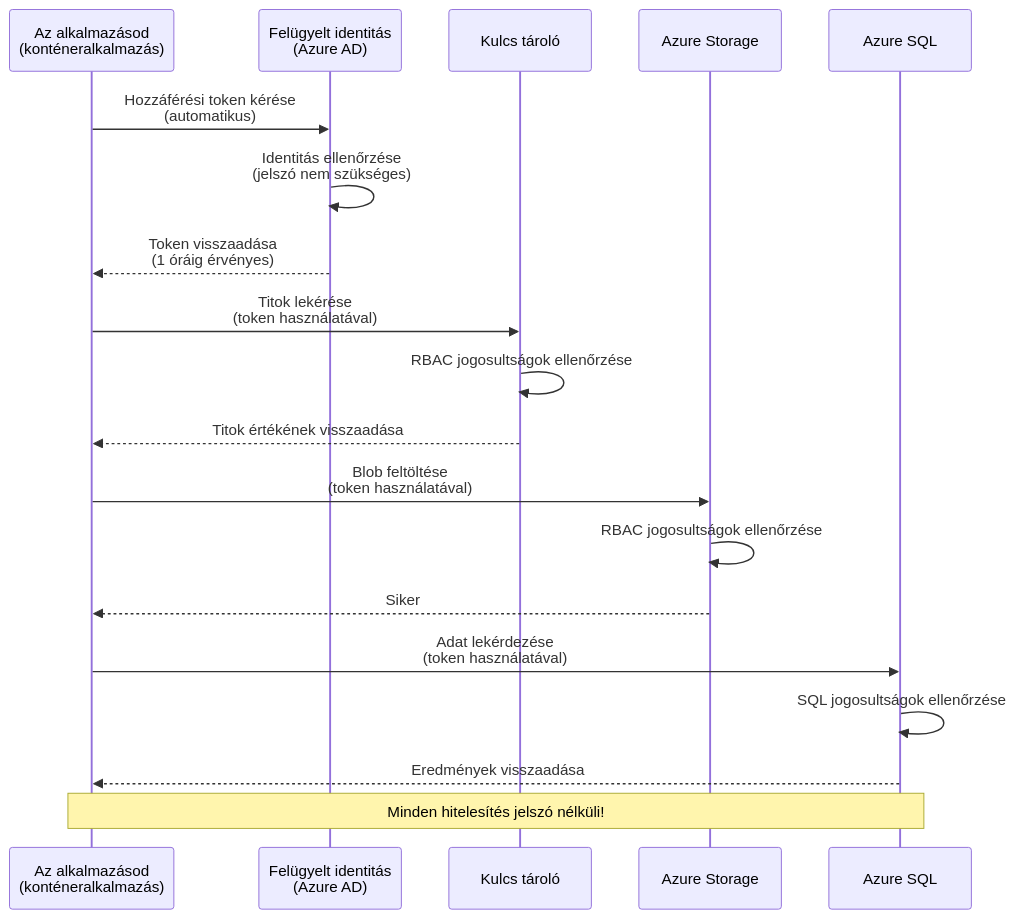
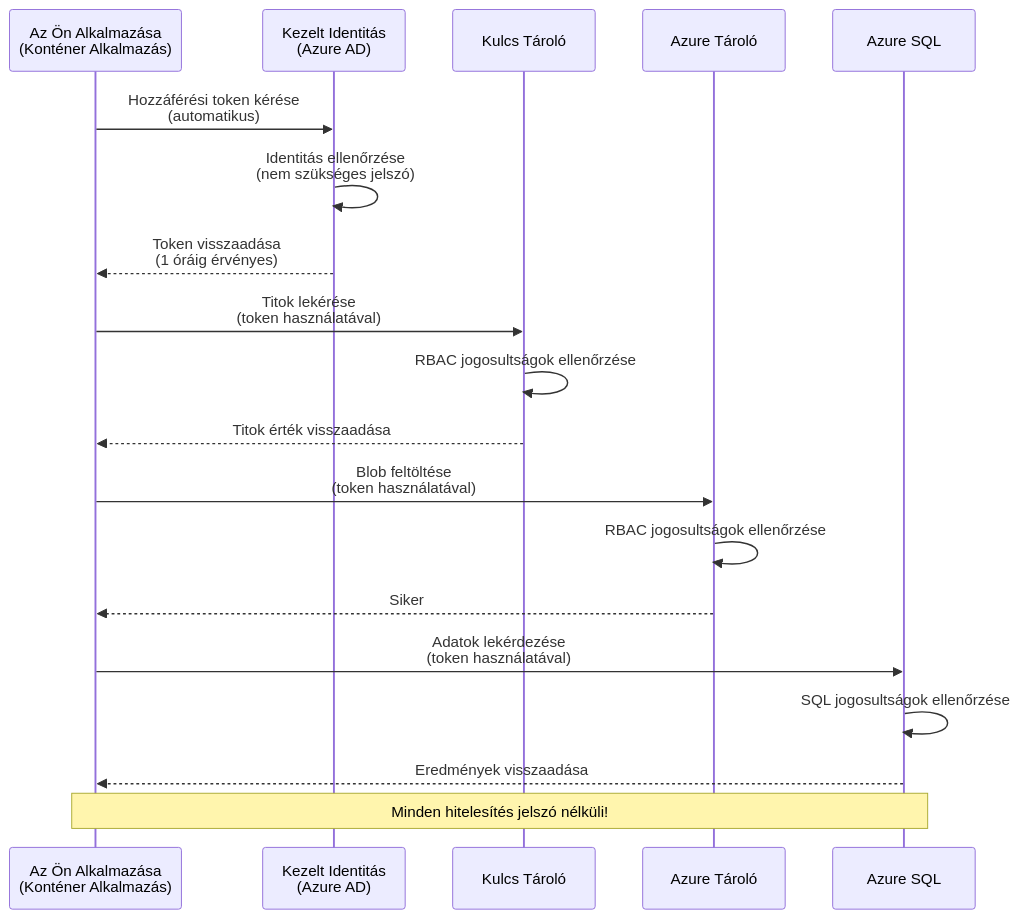
Before and after one commit to microsoft/AZD-for-beginners: the first of 2 diagrams in translations/hu/docs/chapter-03-configuration/authsecurity.md, drawn with Mermaid. The commit also changed other lines of this file and 101 other files, not shown here.

````diff
--- a/translations/hu/docs/chapter-03-configuration/authsecurity.md
+++ b/translations/hu/docs/chapter-03-configuration/authsecurity.md
@@ -69,26 +69,26 @@
 ```mermaid
 sequenceDiagram
-    participant App as Az alkalmazásod<br/>(konténeralkalmazás)
-    participant MI as Felügyelt identitás<br/>(Azure AD)
-    participant KV as Kulcs tároló
-    participant Storage as Azure Storage
+    participant App as Az Ön Alkalmazása<br/>(Konténer Alkalmazás)
+    participant MI as Kezelt Identitás<br/>(Azure AD)
+    participant KV as Kulcs Tároló
+    participant Storage as Azure Tároló
     participant DB as Azure SQL
     
     App->>MI: Hozzáférési token kérése<br/>(automatikus)
-    MI->>MI: Identitás ellenőrzése<br/>(jelszó nem szükséges)
+    MI->>MI: Identitás ellenőrzése<br/>(nem szükséges jelszó)
     MI-->>App: Token visszaadása<br/>(1 óráig érvényes)
     
     App->>KV: Titok lekérése<br/>(token használatával)
     KV->>KV: RBAC jogosultságok ellenőrzése
-    KV-->>App: Titok értékének visszaadása
+    KV-->>App: Titok érték visszaadása
     
     App->>Storage: Blob feltöltése<br/>(token használatával)
     Storage->>Storage: RBAC jogosultságok ellenőrzése
     Storage-->>App: Siker
     
-    App->>DB: Adat lekérdezése<br/>(token használatával)
+    App->>DB: Adatok lekérdezése<br/>(token használatával)
     DB->>DB: SQL jogosultságok ellenőrzése
     DB-->>App: Eredmények visszaadása
     
     Note over App,DB: Minden hitelesítés jelszó nélküli!
 ```
````
